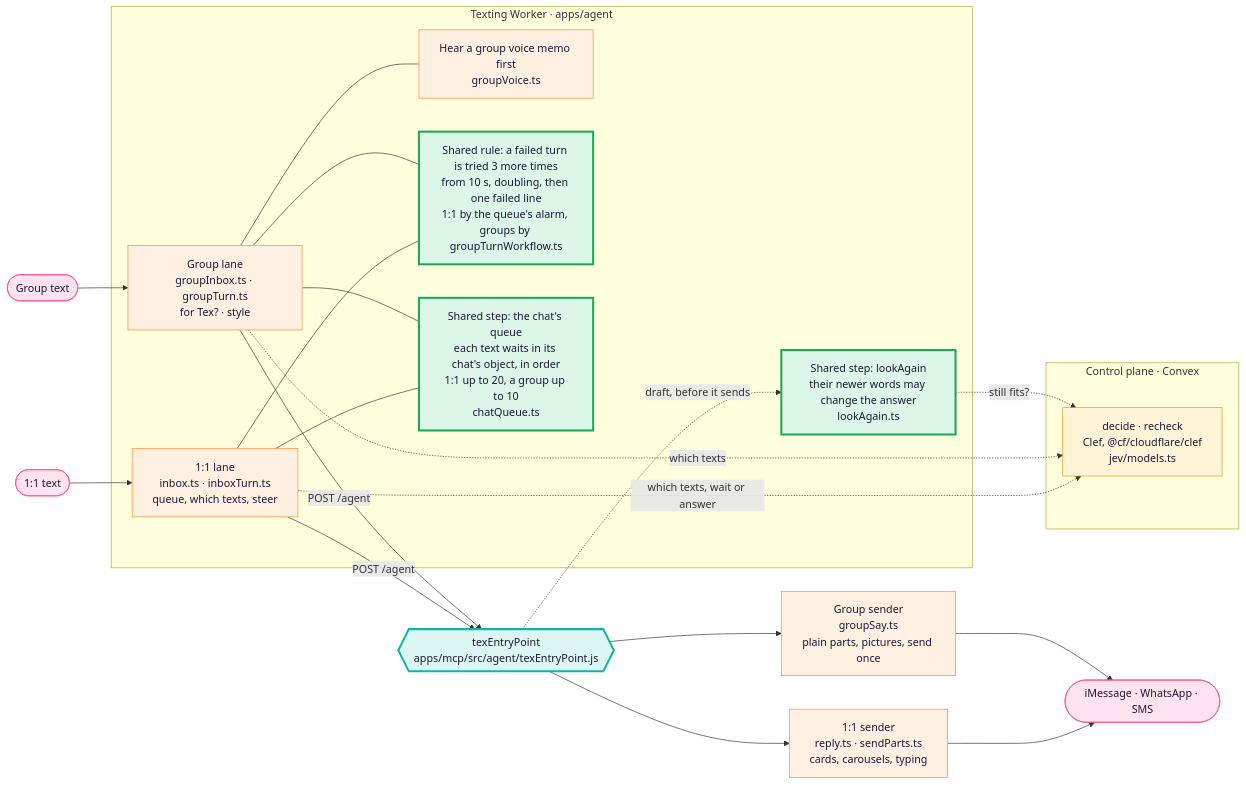
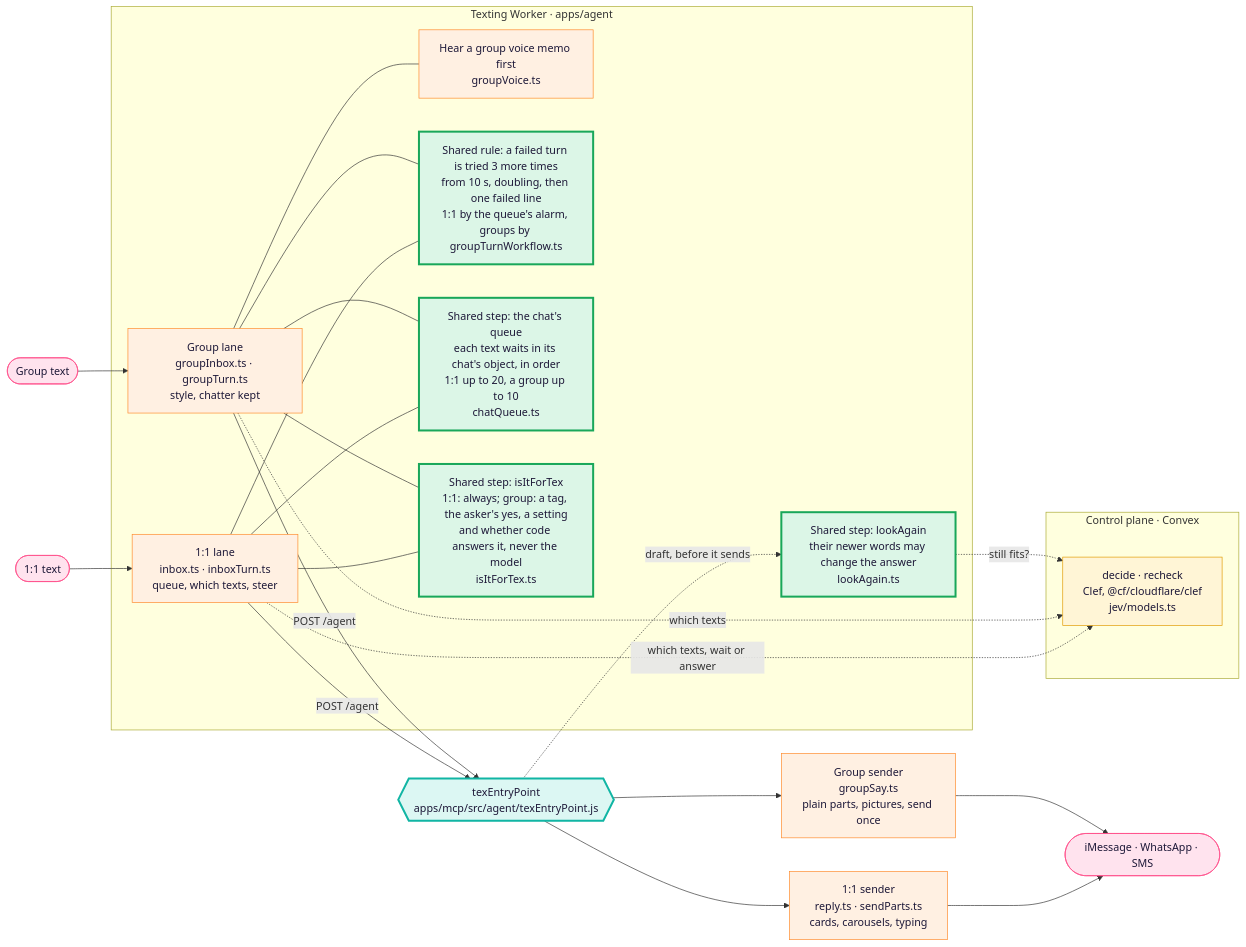
Before and after one commit to Supa-Media/context: the first of 3 diagrams in docs/architecture/tex.md, drawn with Mermaid. The commit also changed other lines of this file and 4 other files, not shown here.

First line of the commit message:
Ask whether a text is for Tex in one step for a 1:1 chat and a group

````diff
--- a/docs/architecture/tex.md
+++ b/docs/architecture/tex.md
@@ -22,37 +22,40 @@
 ```mermaid
 flowchart LR
   P1([1:1 text]):::you --> W1
   P2([Group text]):::you --> W2
   subgraph Worker["Texting Worker · apps/agent"]
     W1["1:1 lane<br/>inbox.ts · inboxTurn.ts<br/>queue, which texts, steer"]:::pipe
-    W2["Group lane<br/>groupInbox.ts · groupTurn.ts<br/>for Tex? · style"]:::pipe
+    W2["Group lane<br/>groupInbox.ts · groupTurn.ts<br/>style, chatter kept"]:::pipe
     H["Hear a group voice memo first<br/>groupVoice.ts"]:::pipe
     W2 --- H
     LA["Shared step: lookAgain<br/>their newer words may change the answer<br/>lookAgain.ts"]:::shared
     RT["Shared rule: a failed turn is tried 3 more times<br/>from 10 s, doubling, then one failed line<br/>1:1 by the queue's alarm, groups by groupTurnWorkflow.ts"]:::shared
     W1 --- RT
     W2 --- RT
     Q["Shared step: the chat's queue<br/>each text waits in its chat's object, in order<br/>1:1 up to 20, a group up to 10<br/>chatQueue.ts"]:::shared
     W1 --- Q
     W2 --- Q
+    FT["Shared step: isItForTex<br/>1:1: always; group: a tag, the asker's yes, a setting<br/>and whether code answers it, never the model<br/>isItForTex.ts"]:::shared
+    W1 --- FT
+    W2 --- FT
   end
   subgraph Control["Control plane · Convex"]
     D["decide · recheck<br/>Clef, @cf/cloudflare/clef<br/>jev/models.ts"]:::judge
   end
   W1 -. which texts, wait or answer .-> D
   W2 -. which texts .-> D
   E -. draft, before it sends .-> LA
   LA -. still fits? .-> D
   W1 -->|POST /agent| E
   W2 -->|POST /agent| E
   E{{"texEntryPoint<br/>apps/mcp/src/agent/texEntryPoint.js"}}:::door
   E --> S1["1:1 sender<br/>reply.ts · sendParts.ts<br/>cards, carousels, typing"]:::pipe
   E --> S2["Group sender<br/>groupSay.ts<br/>plain parts, pictures, send once"]:::pipe
   S1 --> Out([iMessage · WhatsApp · SMS]):::you
   S2 --> Out
   classDef you fill:#ffe3ee,stroke:#ff4f8b,color:#1d1838
   classDef pipe fill:#fff0e2,stroke:#ff8a2a,color:#1d1838
   classDef door fill:#dcf7f3,stroke:#11b5a4,stroke-width:3px,color:#1d1838
   classDef judge fill:#fff5d6,stroke:#e09a00,color:#1d1838
   classDef shared fill:#dcf6e7,stroke:#19a75a,stroke-width:3px,color:#1d1838
 ```
````
